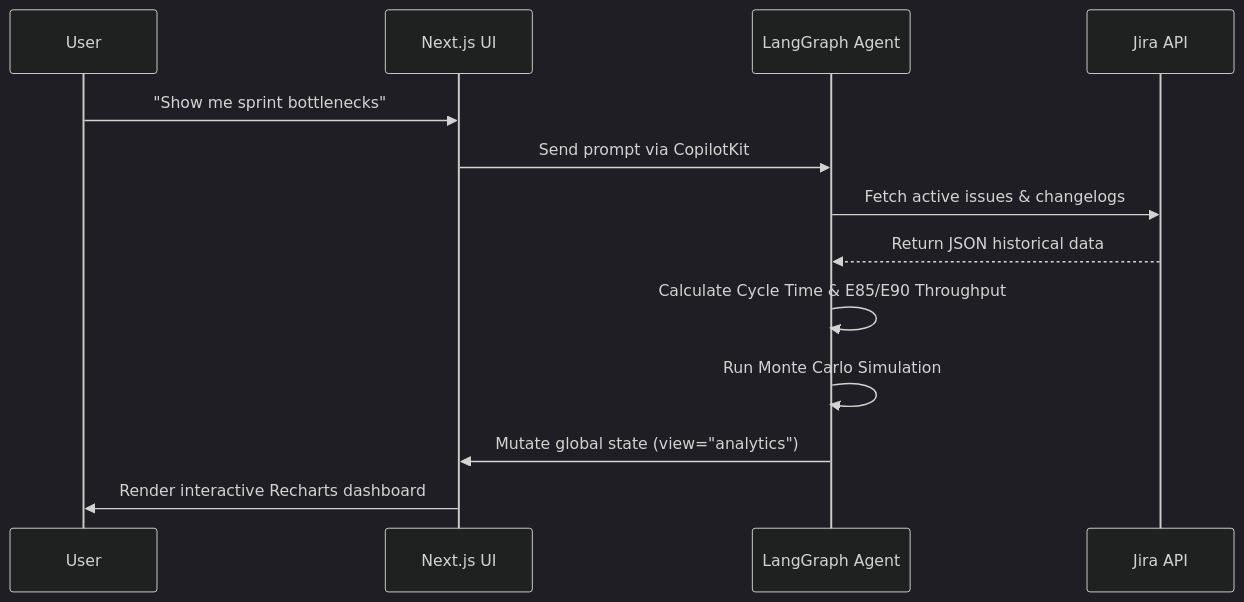
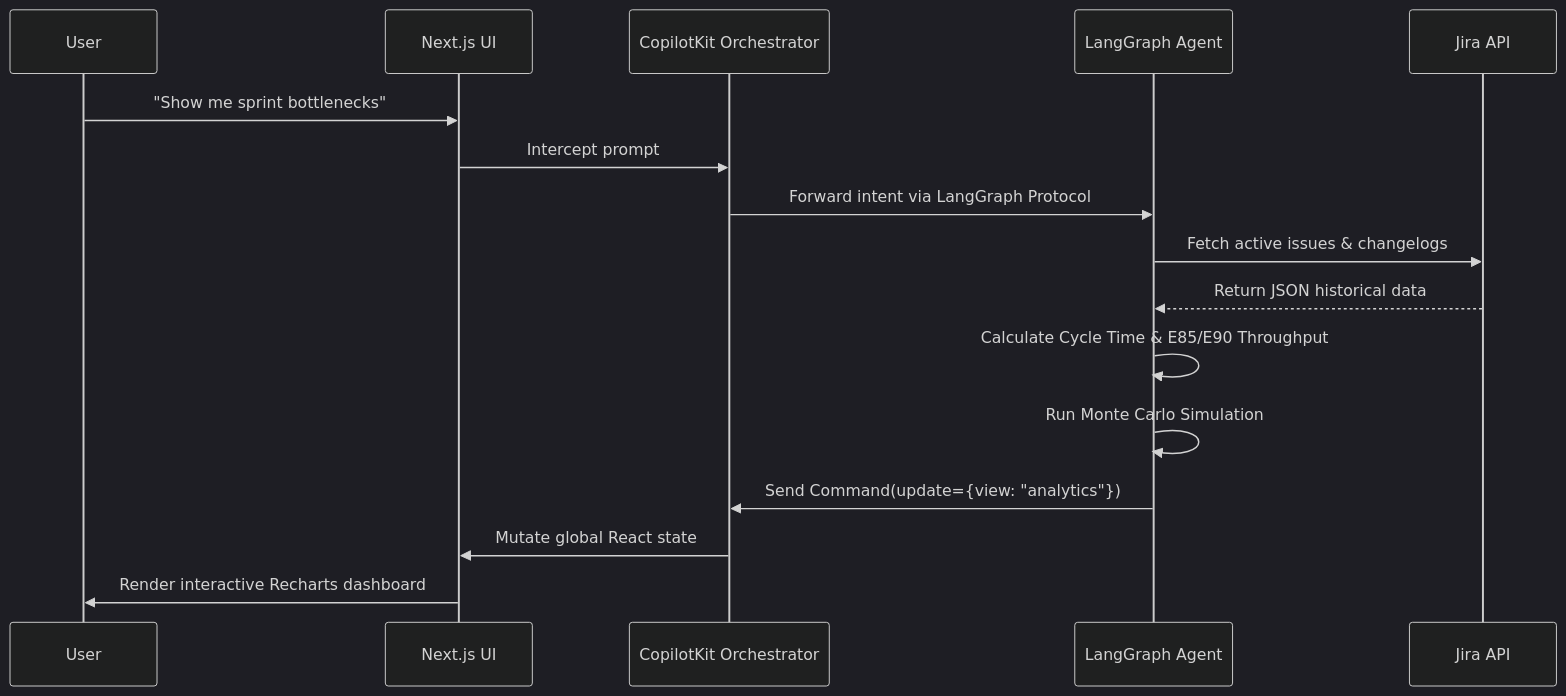
The second of 2 diagrams in README.md (agallardohub/PmAgent), drawn with Mermaid (dark theme) before and after one commit. The commit also changed other lines of this file, not shown here.

Commit message:
docs: rewrite README completely to remove starter kit boilerplate and showcase CopilotKit UI orchestration

````diff
--- a/README.md
+++ b/README.md
@@ -51,16 +45,19 @@
 ```mermaid
 sequenceDiagram
     participant U as User
     participant F as Next.js UI
+    participant C as CopilotKit Orchestrator
     participant A as LangGraph Agent
     participant J as Jira API
 
     U->>F: "Show me sprint bottlenecks"
-    F->>A: Send prompt via CopilotKit
+    F->>C: Intercept prompt
+    C->>A: Forward intent via LangGraph Protocol
     A->>J: Fetch active issues & changelogs
     J-->>A: Return JSON historical data
     A->>A: Calculate Cycle Time & E85/E90 Throughput
     A->>A: Run Monte Carlo Simulation
-    A->>F: Mutate global state (view="analytics")
+    A->>C: Send Command(update={view: "analytics"})
+    C->>F: Mutate global React state
     F->>U: Render interactive Recharts dashboard
 ```
````
